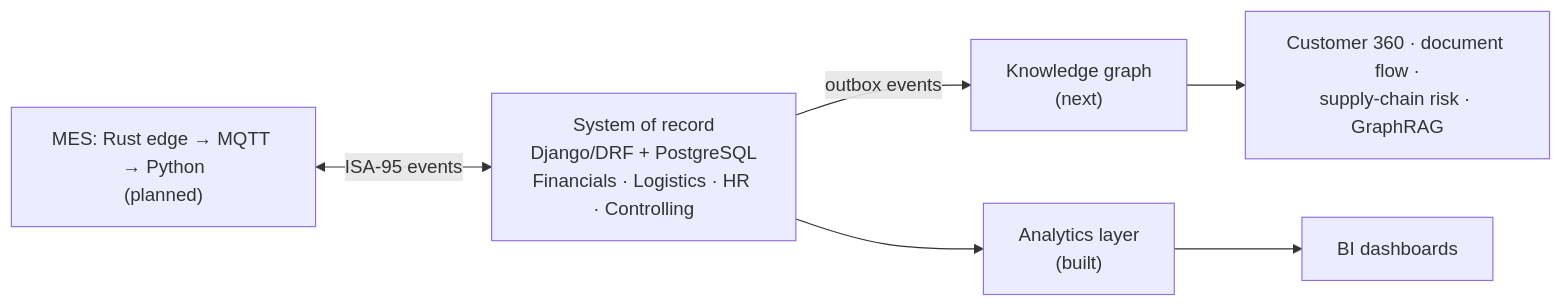
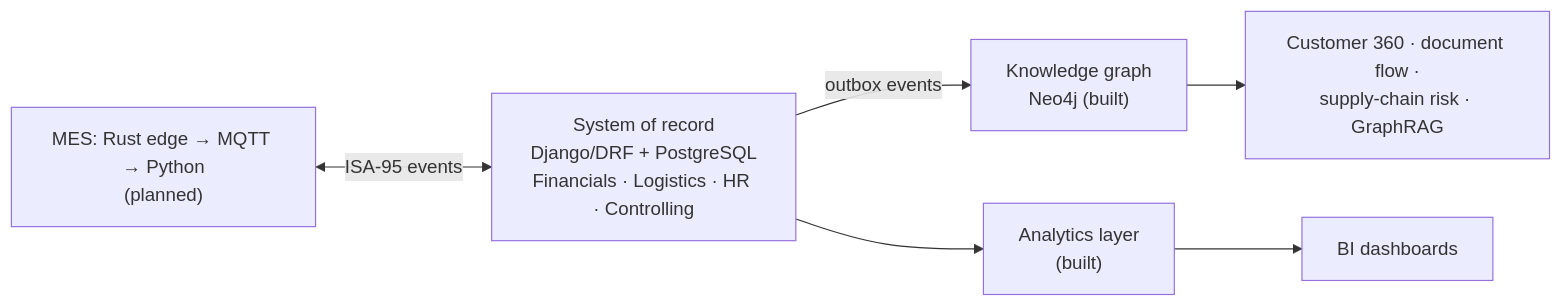
One commit to mokwenaanthony-dev/ERP-Intelligence changed the diagram in README.md. Above: the diagram before and after it, drawn with Mermaid. The commit also changed other lines of this file and 33 other files, not shown here.

Commit message:
Wave 4b: Neo4j knowledge graph (outbox, projection, Customer 360, document flow, supplier dependency, GraphRAG retrieval)

````diff
--- a/README.md
+++ b/README.md
@@ -23,8 +23,8 @@
 ```mermaid
 flowchart LR
     MES["MES: Rust edge → MQTT → Python<br/>(planned)"] <-->|ISA-95 events| CORE
-    CORE["System of record<br/>Django/DRF + PostgreSQL<br/>Financials · Logistics · HR · Controlling"] -- "outbox events" --> KG["Knowledge graph<br/>(next)"]
+    CORE["System of record<br/>Django/DRF + PostgreSQL<br/>Financials · Logistics · HR · Controlling"] -- "outbox events" --> KG["Knowledge graph<br/>Neo4j (built)"]
     CORE --> AN["Analytics layer<br/>(built)"]
     KG --> AI["Customer 360 · document flow ·<br/>supply-chain risk · GraphRAG"]
     AN --> BI["BI dashboards"]
 ```
````
